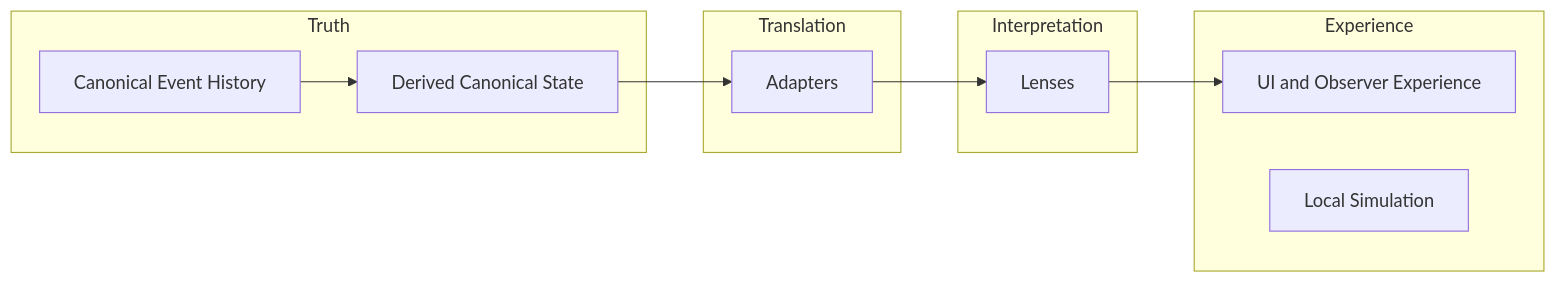
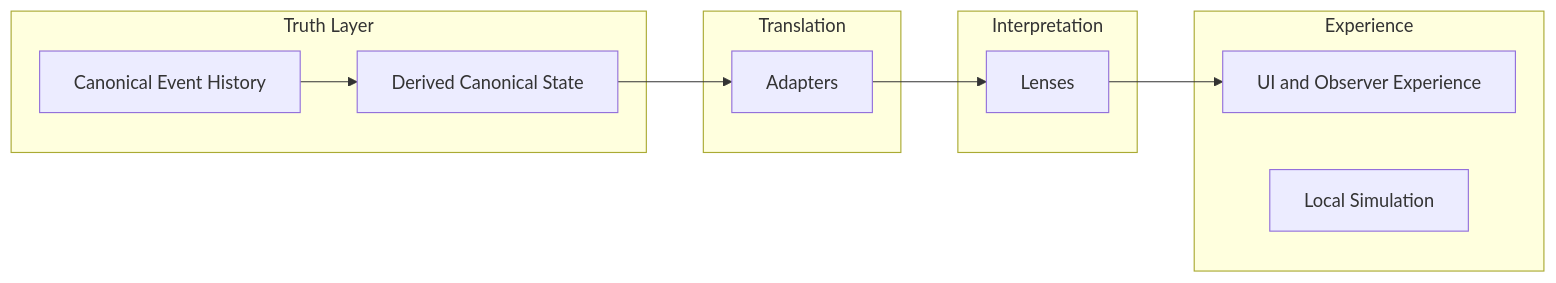
One commit to godofthunder101/crypsa-architecture changed the diagram in CrypSA_In_5_Minutes.md. Above: the diagram before and after it, drawn with Mermaid. The commit also changed other lines of this file, not shown here.

`````diff
--- a/CrypSA_In_5_Minutes.md
+++ b/CrypSA_In_5_Minutes.md
@@ -26,26 +26,26 @@
 ```mermaid
 flowchart LR
 
-subgraph Truth
+subgraph Truth Layer
 A[Canonical Event History]
 B[Derived Canonical State]
 end
 
 subgraph Translation
 C[Adapters]
 end
 
 subgraph Interpretation
 D[Lenses]
 end
 
 subgraph Experience
 E[UI and Observer Experience]
 F[Local Simulation]
 end
 
 A --> B
 B --> C
 C --> D
 D --> E
 ````
`````
